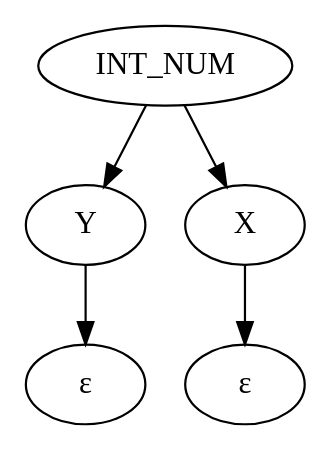
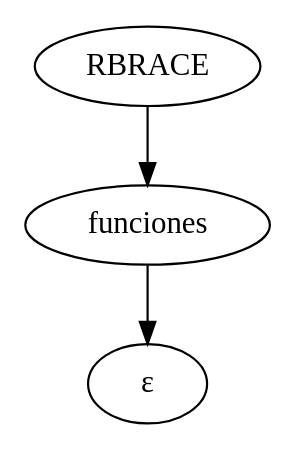
The diagram in PROYECTO/arbol_sintactico/arbol.dot (LenzG-alt/COMPILADOR_FINAL), drawn with Graphviz before and after one commit. The commit also changed 7 other files, not shown here.

```diff
--- a/PROYECTO/arbol_sintactico/arbol.dot
+++ b/PROYECTO/arbol_sintactico/arbol.dot
@@ -1,12 +1,8 @@
 // Árbol Sintáctico Abstracto
 digraph {
-	135720829236336 [label=INT_NUM]
-	135720829236480 [label=Y]
-	135720829236432 [label="ε"]
-	135720829236480 -> 135720829236432
-	135720829236336 -> 135720829236480
-	135720829236624 [label=X]
-	135720829236576 [label="ε"]
-	135720829236624 -> 135720829236576
-	135720829236336 -> 135720829236624
+	128219312095936 [label=RBRACE]
+	128219312096320 [label=funciones]
+	128219312096272 [label="ε"]
+	128219312096320 -> 128219312096272
+	128219312095936 -> 128219312096320
 }
```
